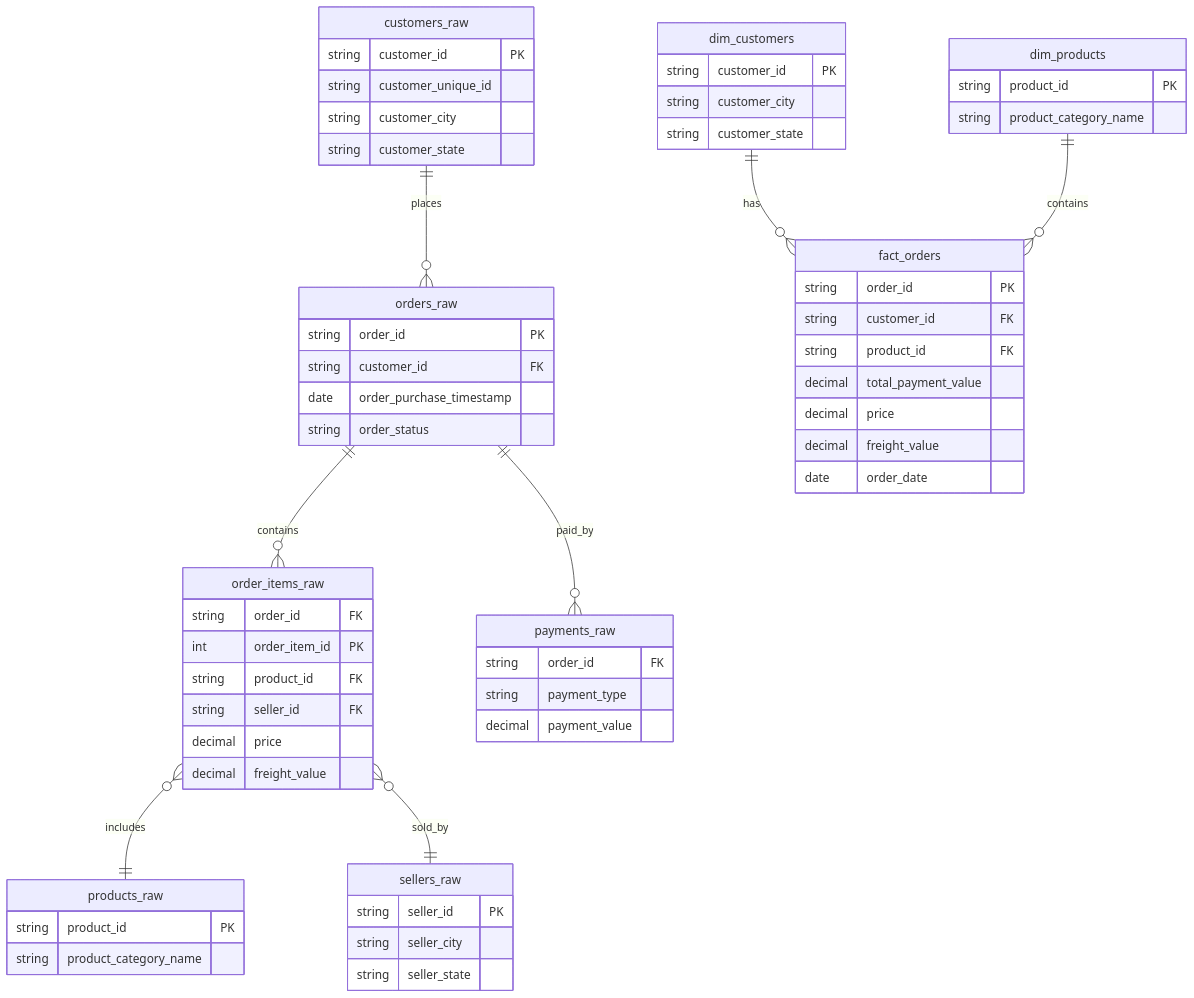
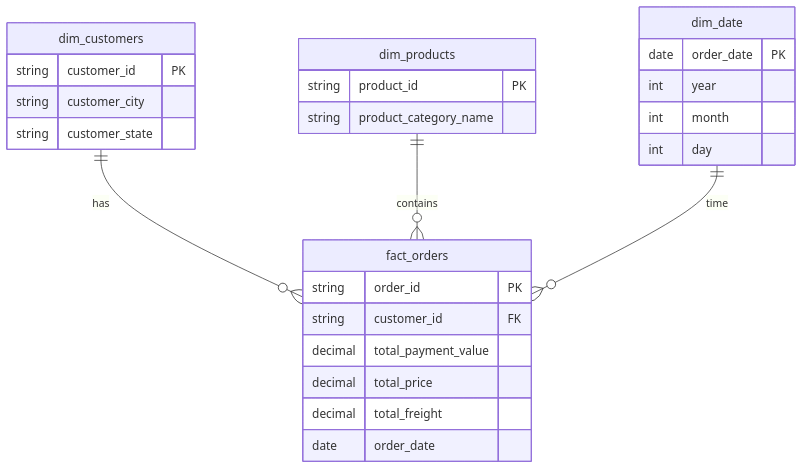
The first of 2 diagrams in README.md (yourvaiqbal/ecommerce-sql-analysis), drawn with Mermaid before and after one commit. The commit also changed other lines of this file, not shown here.

````diff
--- a/README.md
+++ b/README.md
@@ -116,53 +133,5 @@
 ```mermaid
 erDiagram
-
-    %% ======================
-    %% STAGING (RAW LAYER)
-    %% ======================
-
-    customers_raw {
-        string customer_id PK
-        string customer_unique_id
-        string customer_city
-        string customer_state
-    }
-
-    orders_raw {
-        string order_id PK
-        string customer_id FK
-        date order_purchase_timestamp
-        string order_status
-    }
-
-    order_items_raw {
-        string order_id FK
-        int order_item_id PK
-        string product_id FK
-        string seller_id FK
-        decimal price
-        decimal freight_value
-    }
-
-    payments_raw {
-        string order_id FK
-        string payment_type
-        decimal payment_value
-    }
-
-    products_raw {
-        string product_id PK
-        string product_category_name
-    }
-
-    sellers_raw {
-        string seller_id PK
-        string seller_city
-        string seller_state
-    }
-
-    %% ======================
-    %% DATA WAREHOUSE (STAR SCHEMA)
-    %% ======================
 
     dim_customers {
         string customer_id PK
@@ -175,30 +144,23 @@
         string product_category_name
     }
 
+    dim_date {
+        date order_date PK
+        int year
+        int month
+        int day
+    }
+
     fact_orders {
         string order_id PK
         string customer_id FK
-        string product_id FK
         decimal total_payment_value
-        decimal price
-        decimal freight_value
+        decimal total_price
+        decimal total_freight
         date order_date
     }
 
-    %% ======================
-    %% RELATIONSHIPS (RAW)
-    %% ======================
-
-    customers_raw ||--o{ orders_raw : places
-    orders_raw ||--o{ order_items_raw : contains
-    orders_raw ||--o{ payments_raw : paid_by
-    order_items_raw }o--|| products_raw : includes
-    order_items_raw }o--|| sellers_raw : sold_by
-
-    %% ======================
-    %% RELATIONSHIPS (STAR)
-    %% ======================
-
     dim_customers ||--o{ fact_orders : has
     dim_products ||--o{ fact_orders : contains
+    dim_date ||--o{ fact_orders : time
 ```
````
